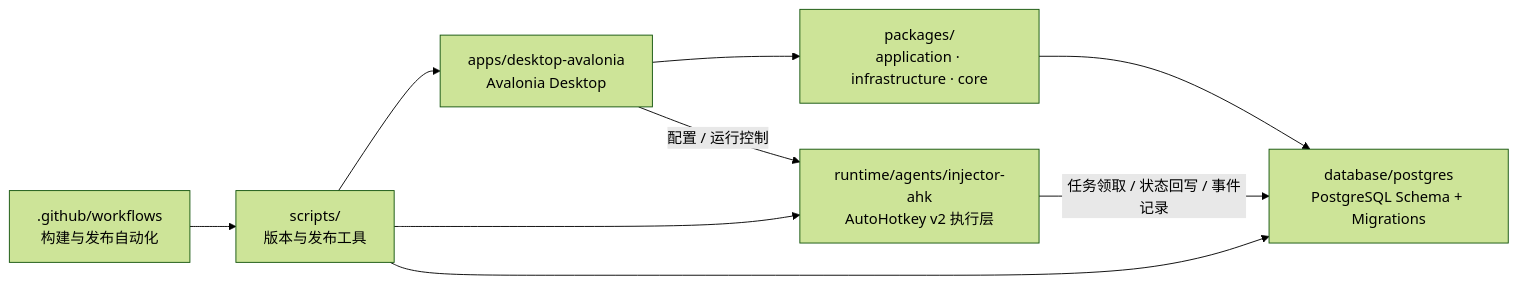
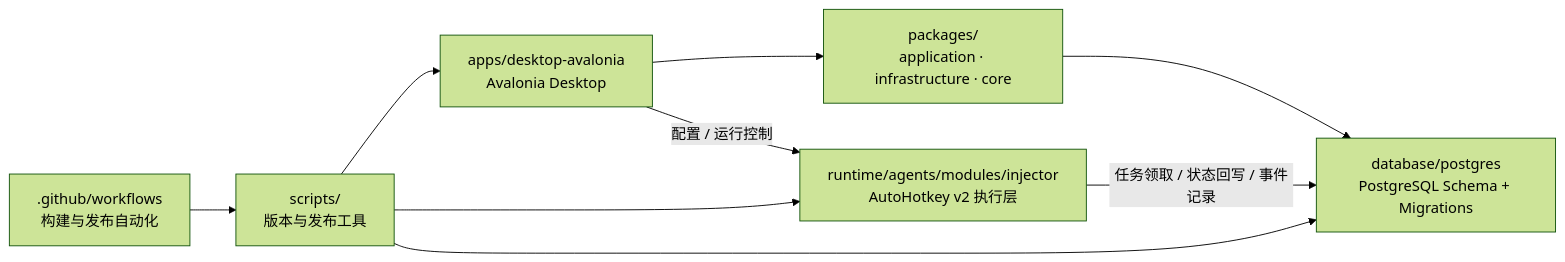
The diagram in README.zh-CN.md (pacmandoh/pactoolkits), drawn with Mermaid (forest theme) before and after one commit. The commit also changed other lines of this file and 7 other files, not shown here.

First line of the commit message:
docs: align layout and release flow with Agents Host

````diff
--- a/README.zh-CN.md
+++ b/README.zh-CN.md
@@ -92,18 +91,18 @@
 ```mermaid
 flowchart LR
     DESKTOP["apps/desktop-avalonia\nAvalonia Desktop"]
     PKG["packages/\napplication · infrastructure · core"]
-    AGENT["runtime/agents/injector-ahk\nAutoHotkey v2 执行层"]
+    AGENT["runtime/agents/modules/injector\nAutoHotkey v2 执行层"]
     DB["database/postgres\nPostgreSQL Schema + Migrations"]
     SCRIPTS["scripts/\n版本与发布工具"]
     CI[".github/workflows\n构建与发布自动化"]
 
     DESKTOP --> PKG
     DESKTOP -->|配置 / 运行控制| AGENT
     AGENT -->|任务领取 / 状态回写 / 事件记录| DB
     PKG --> DB
     SCRIPTS --> DESKTOP
     SCRIPTS --> AGENT
     SCRIPTS --> DB
     CI --> SCRIPTS
 ```
````
